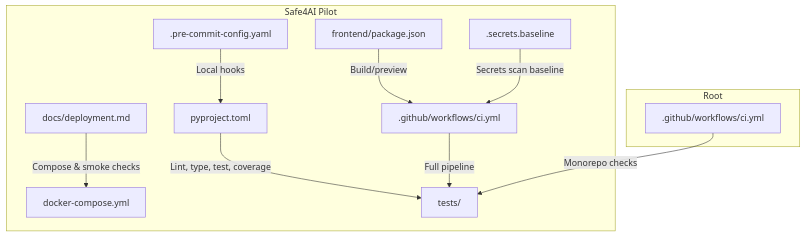
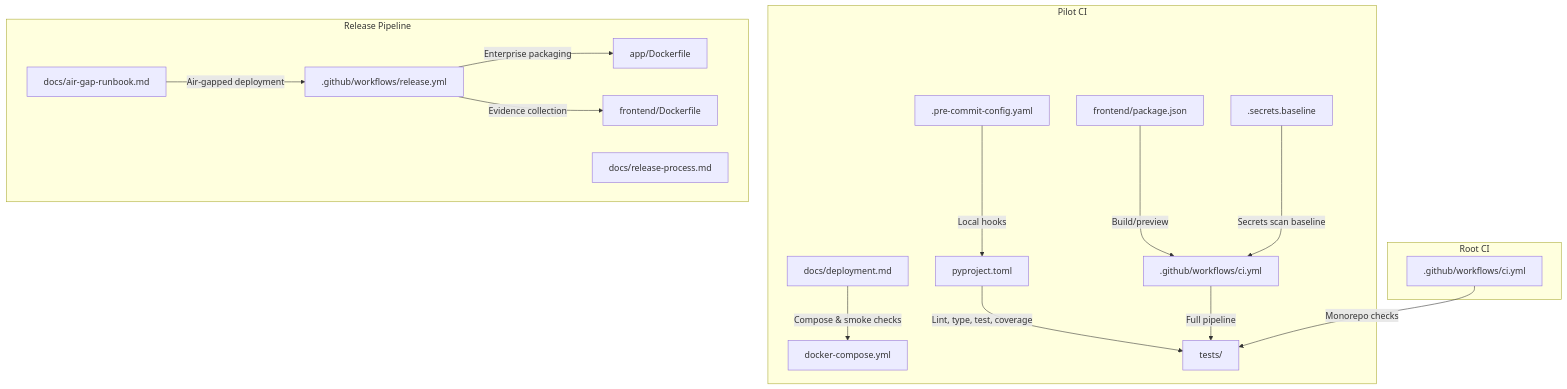
One commit to genes8/private-ai changed the first of 14 diagrams in .qoder/repowiki/en/content/Deployment and Operations/CI_CD Pipeline.md. Above: the diagram before and after it, drawn with Mermaid. The commit also changed other lines of this file and 36 other files, not shown here.

````diff
--- a/.qoder/repowiki/en/content/Deployment and Operations/CI_CD Pipeline.md
+++ b/.qoder/repowiki/en/content/Deployment and Operations/CI_CD Pipeline.md
@@ -43,23 +65,33 @@
 ```mermaid
 graph TB
-subgraph "Root"
+subgraph "Root CI"
 root_ci[".github/workflows/ci.yml"]
 end
-subgraph "Safe4AI Pilot"
+subgraph "Pilot CI"
 pilot_ci[".github/workflows/ci.yml"]
 pre_commit[".pre-commit-config.yaml"]
 pyproject["pyproject.toml"]
 deploy_doc["docs/deployment.md"]
 compose["docker-compose.yml"]
 frontend_pkg["frontend/package.json"]
 secrets_baseline[".secrets.baseline"]
 tests["tests/"]
 end
+subgraph "Release Pipeline"
+release_workflow[".github/workflows/release.yml"]
+backend_df["app/Dockerfile"]
+frontend_df["frontend/Dockerfile"]
+release_process["docs/release-process.md"]
+air_gap_runbook["docs/air-gap-runbook.md"]
+end
 root_ci --> |"Monorepo checks"| tests
 pilot_ci --> |"Full pipeline"| tests
+release_workflow --> |"Enterprise packaging"| backend_df
+release_workflow --> |"Evidence collection"| frontend_df
 pre_commit --> |"Local hooks"| pyproject
 pyproject --> |"Lint, type, test, coverage"| tests
 deploy_doc --> |"Compose & smoke checks"| compose
 secrets_baseline --> |"Secrets scan baseline"| pilot_ci
 frontend_pkg --> |"Build/preview"| pilot_ci
+air_gap_runbook --> |"Air-gapped deployment"| release_workflow
 ```
````
